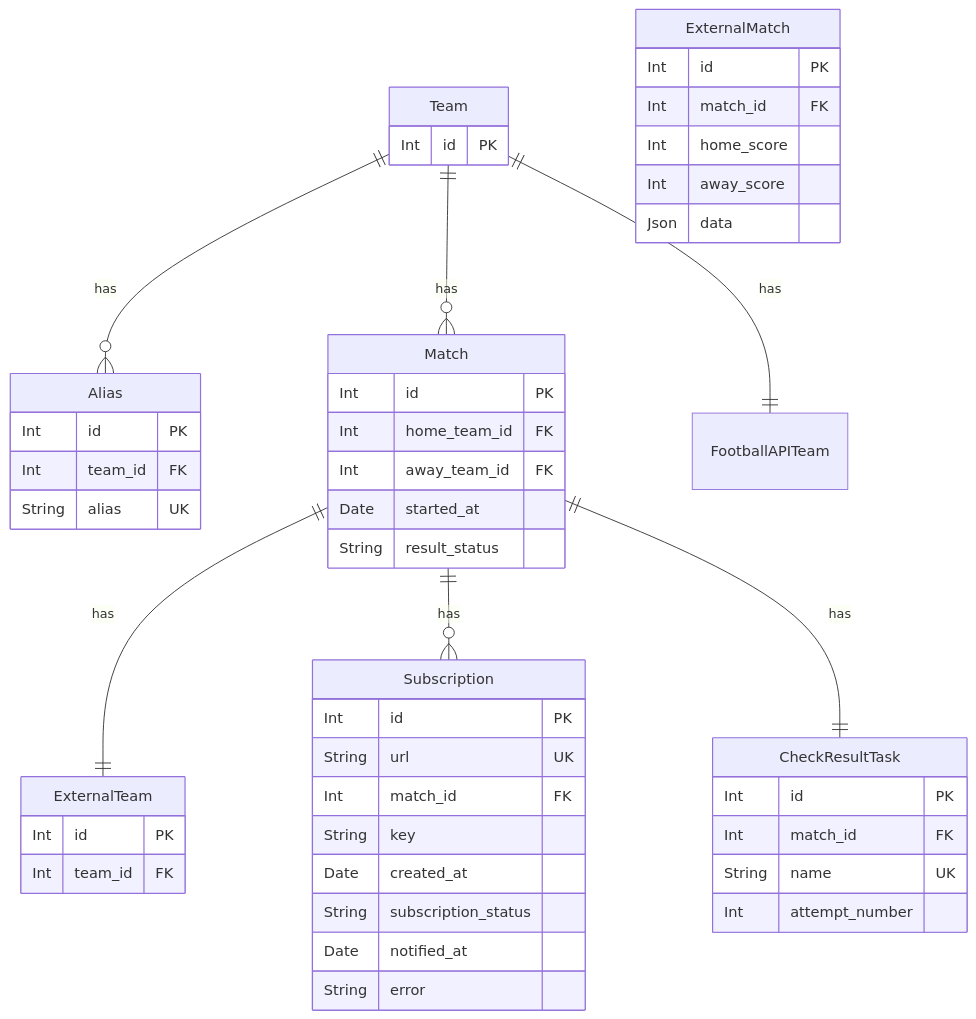
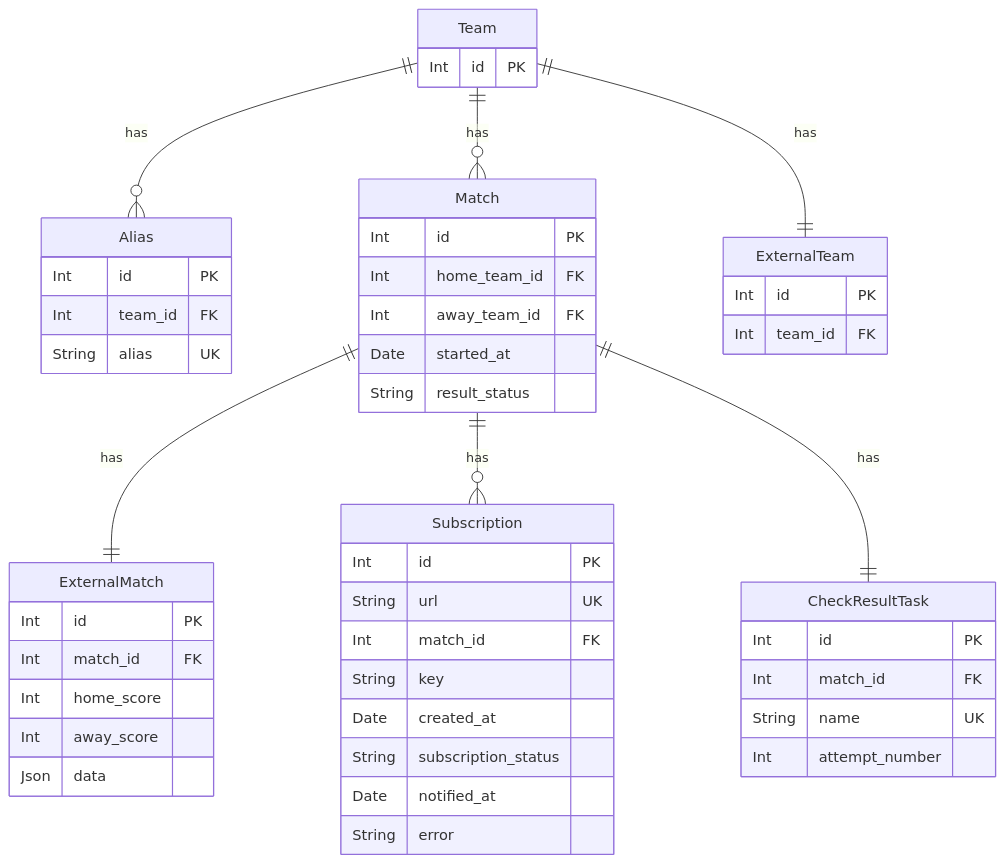
The first of 7 diagrams in README.md (andrewshostak/result-service), drawn with Mermaid before and after one commit. The commit also changed 13 other files, not shown here.

````diff
--- a/README.md
+++ b/README.md
@@ -25,58 +25,58 @@
 ```mermaid
 erDiagram
     Team {
         Int id PK
     }
     
     Alias {
         Int id PK
         Int team_id FK
         String alias UK 
     }
     
     Match {
         Int id PK
         Int home_team_id FK
         Int away_team_id FK
         Date started_at
         String result_status
     }
     
     ExternalMatch {
         Int id PK
         Int match_id FK
         Int home_score
         Int away_score
         Json data
     }
     
     Subscription {
         Int id PK
         String url UK
         Int match_id FK
         String key
         Date created_at
         String subscription_status
         Date notified_at
         String error
     }
     
     ExternalTeam {
         Int id PK
         Int team_id FK
     }
     
     CheckResultTask {
         Int id PK
         Int match_id FK
         String name UK
         Int attempt_number
     }
     
     Team ||--o{ Alias : has 
     Team ||--o{ Match : has
-    Match ||--|| ExternalTeam : has
+    Match ||--|| ExternalMatch : has
     Match ||--o{ Subscription : has
-    Team ||--|| FootballAPITeam : has
+    Team ||--|| ExternalTeam : has
     Match ||--|| CheckResultTask : has
 ```
````
